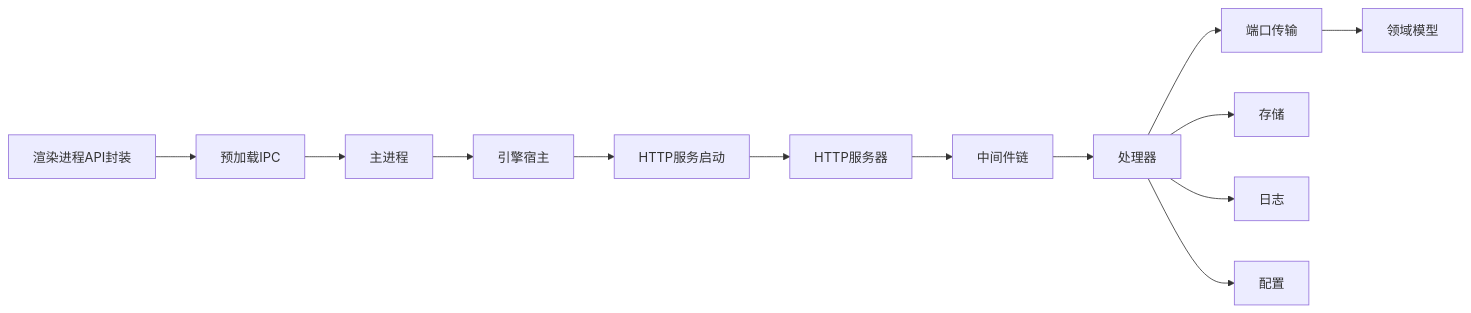
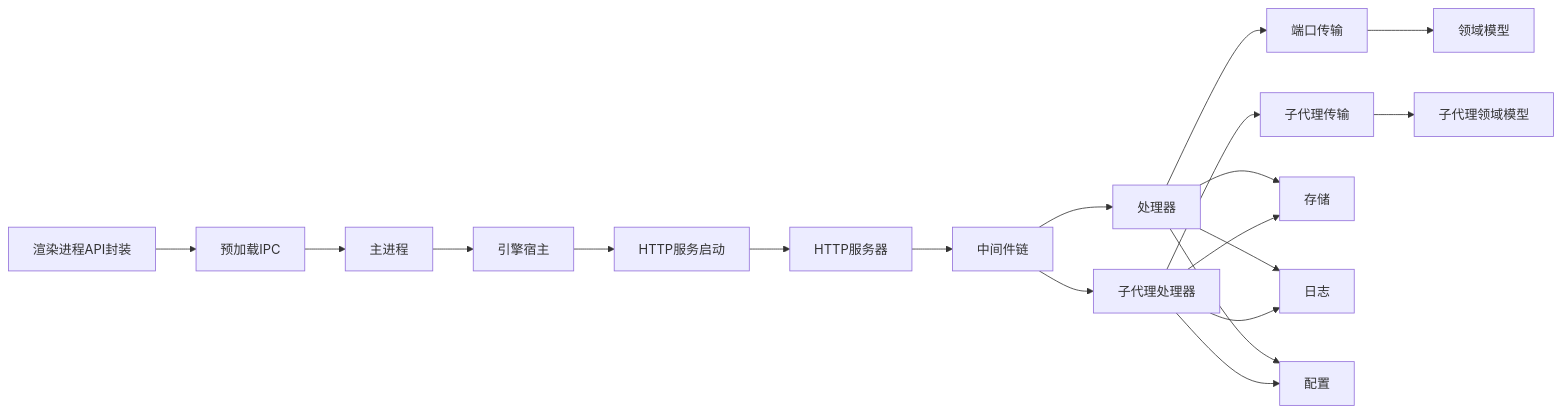
One commit to kkutysllb/KCoder changed the ninth of 9 diagrams in .qoder/repowiki/zh/content/AI对话系统/引擎API集成.md. Above: the diagram before and after it, drawn with Mermaid. The commit also changed other lines of this file and 127 other files, not shown here.

````diff
--- a/.qoder/repowiki/zh/content/AI对话系统/引擎API集成.md
+++ b/.qoder/repowiki/zh/content/AI对话系统/引擎API集成.md
@@ -454,15 +536,21 @@
 ```mermaid
 graph LR
 API["渲染进程API封装"] --> IPC["预加载IPC"]
 IPC --> Main["主进程"]
 Main --> Host["引擎宿主"]
 Host --> Serve["HTTP服务启动"]
 Serve --> Server["HTTP服务器"]
 Server --> MW["中间件链"]
 MW --> Handlers["处理器"]
+MW --> SubAgentHandlers["子代理处理器"]
 Handlers --> Transport["端口传输"]
+SubAgentHandlers --> SubAgentTransport["子代理传输"]
 Transport --> Domain["领域模型"]
+SubAgentTransport --> SubAgentDomain["子代理领域模型"]
 Handlers --> Storage["存储"]
+SubAgentHandlers --> Storage
 Handlers --> Logging["日志"]
+SubAgentHandlers --> Logging
 Handlers --> Config["配置"]
+SubAgentHandlers --> Config
 ```
````
